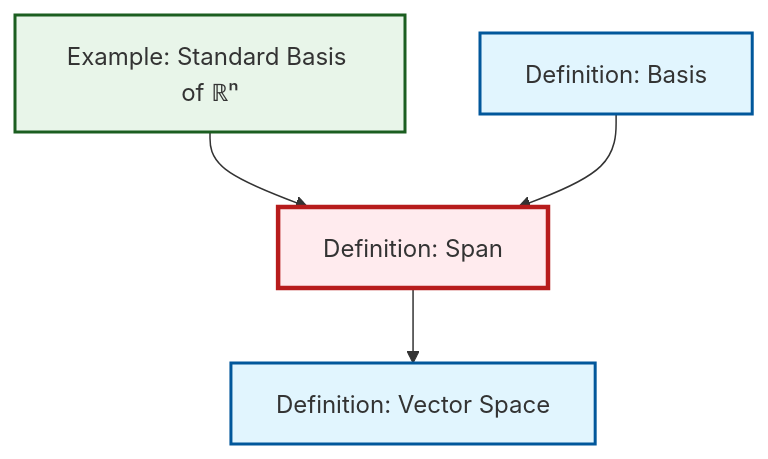
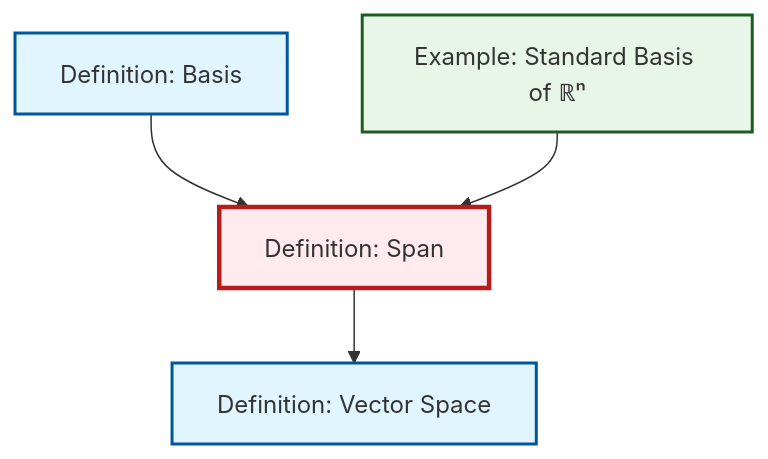
Before and after one commit to RK0429/ModernMath: the diagram in content/en/algebra/def-span.qmd, drawn with Mermaid. The commit also changed other lines of this file and 1069 other files, not shown here.

````diff
--- a/content/en/algebra/def-span.qmd
+++ b/content/en/algebra/def-span.qmd
@@ -47,20 +47,20 @@
 ```{mermaid}
 %%| fig-cap: "Local dependency graph"
 graph TD
     classDef definition fill:#e1f5fe,stroke:#01579b,stroke-width:2px
     classDef theorem fill:#f3e5f5,stroke:#4a148c,stroke-width:2px
     classDef axiom fill:#fff3e0,stroke:#e65100,stroke-width:2px
     classDef example fill:#e8f5e9,stroke:#1b5e20,stroke-width:2px
     classDef current fill:#ffebee,stroke:#b71c1c,stroke-width:3px
     def-basis["Definition: Basis"]:::definition
     def-span["Definition: Span"]:::definition
     ex-standard-basis-rn["Example: Standard Basis of ℝⁿ"]:::example
     def-vector-space["Definition: Vector Space"]:::definition
     def-span --> def-vector-space
+    def-basis --> def-span
     ex-standard-basis-rn --> def-span
-    def-basis --> def-span
     class def-span current
     click def-basis "def-basis.html" "Go to Basis definition"
     click ex-standard-basis-rn "ex-standard-basis-rn.html" "Go to Standard Basis of ℝⁿ example"
     click def-vector-space "def-vector-space.html" "Go to Vector Space definition"
 ```
````
